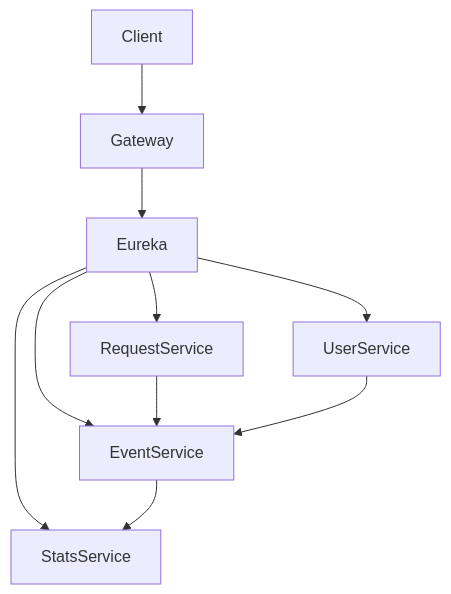
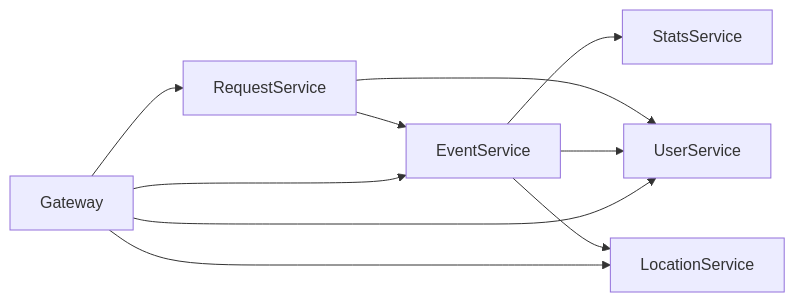
One commit to AndreyAA-code/java-plus-graduation changed the first of 3 diagrams in readme.md. Above: the diagram before and after it, drawn with Mermaid. The commit also changed other lines of this file, not shown here.

````diff
--- a/readme.md
+++ b/readme.md
@@ -26,13 +26,14 @@
 ```mermaid
-graph TD
-    Client --> Gateway
-    Gateway --> Eureka
-    Eureka --> EventService
-    Eureka --> UserService
-    Eureka --> RequestService
-    Eureka --> StatsService
+flowchart LR
+    Gateway --> EventService
+    Gateway --> UserService
+    Gateway --> RequestService
+    Gateway --> LocationService
 
     EventService --> StatsService
+    EventService --> UserService
+    EventService --> LocationService
+
     RequestService --> EventService
-    UserService --> EventService
+    RequestService --> UserService
 ```
````
